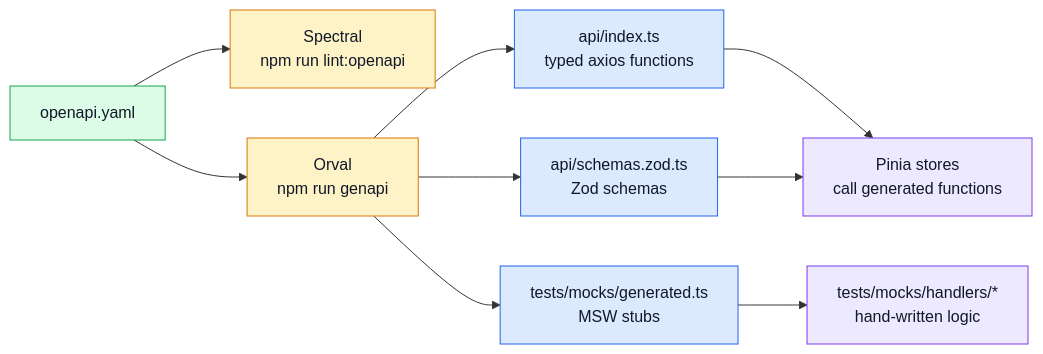
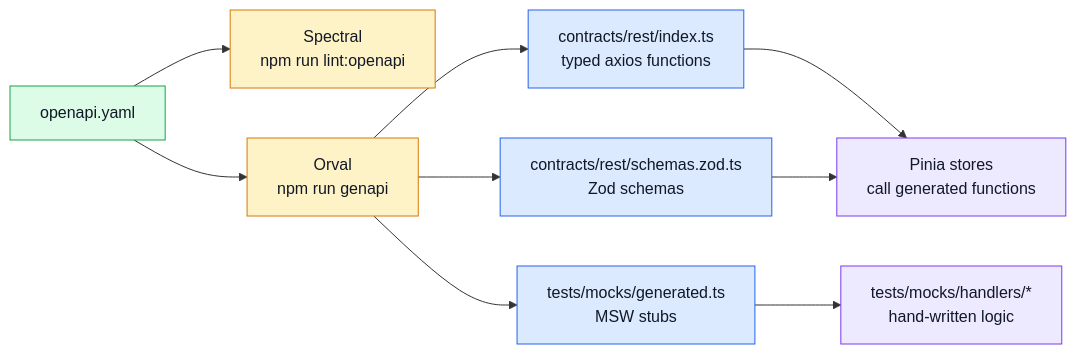
One commit to Guebbit/boilerplate-vue-frontend changed the diagram in docs/api/index.md. Above: the diagram before and after it, drawn with Mermaid. The commit also changed other lines of this file and 99 other files, not shown here.

````diff
--- a/docs/api/index.md
+++ b/docs/api/index.md
@@ -7,21 +7,21 @@
 ```mermaid
 %%{init: {'flowchart': {'nodeSpacing': 50, 'rankSpacing': 65}}}%%
 flowchart LR
     Spec[openapi.yaml] --> Lint[Spectral\nnpm run lint:openapi]
     Spec --> Generate[Orval\nnpm run genapi]
-    Generate --> Client[api/index.ts\ntyped axios functions]
-    Generate --> Schemas[api/schemas.zod.ts\nZod schemas]
+    Generate --> Client[contracts/rest/index.ts\ntyped axios functions]
+    Generate --> Schemas[contracts/rest/schemas.zod.ts\nZod schemas]
     Generate --> Mocks[tests/mocks/generated.ts\nMSW stubs]
     Client --> Stores[Pinia stores\ncall generated functions]
     Schemas --> Stores
     Mocks --> Handlers[tests/mocks/handlers/*\nhand-written logic]
 
     classDef contract fill:#dcfce7,stroke:#16a34a,color:#111827;
     classDef tooling fill:#fef3c7,stroke:#d97706,color:#111827;
     classDef generated fill:#dbeafe,stroke:#2563eb,color:#111827;
     classDef app fill:#ede9fe,stroke:#7c3aed,color:#111827;
     class Spec contract;
     class Lint,Generate tooling;
     class Client,Schemas,Mocks generated;
     class Stores,Handlers app;
 ```
````
